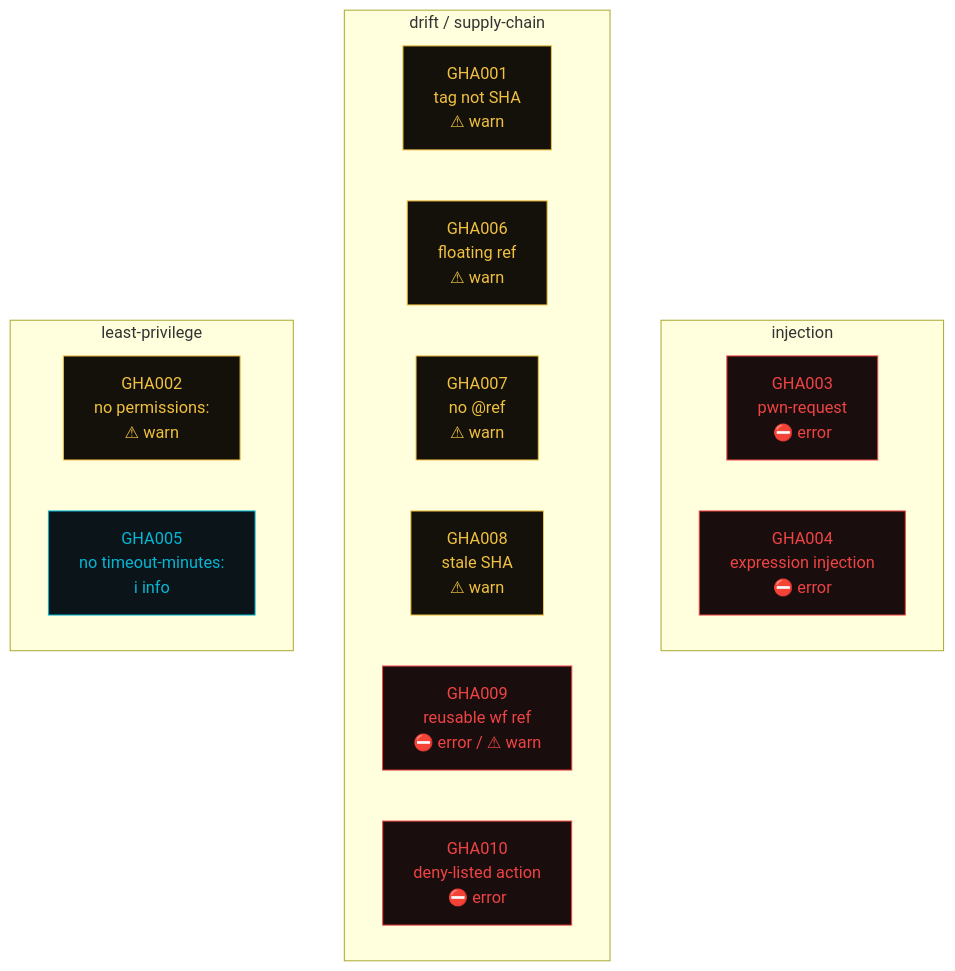
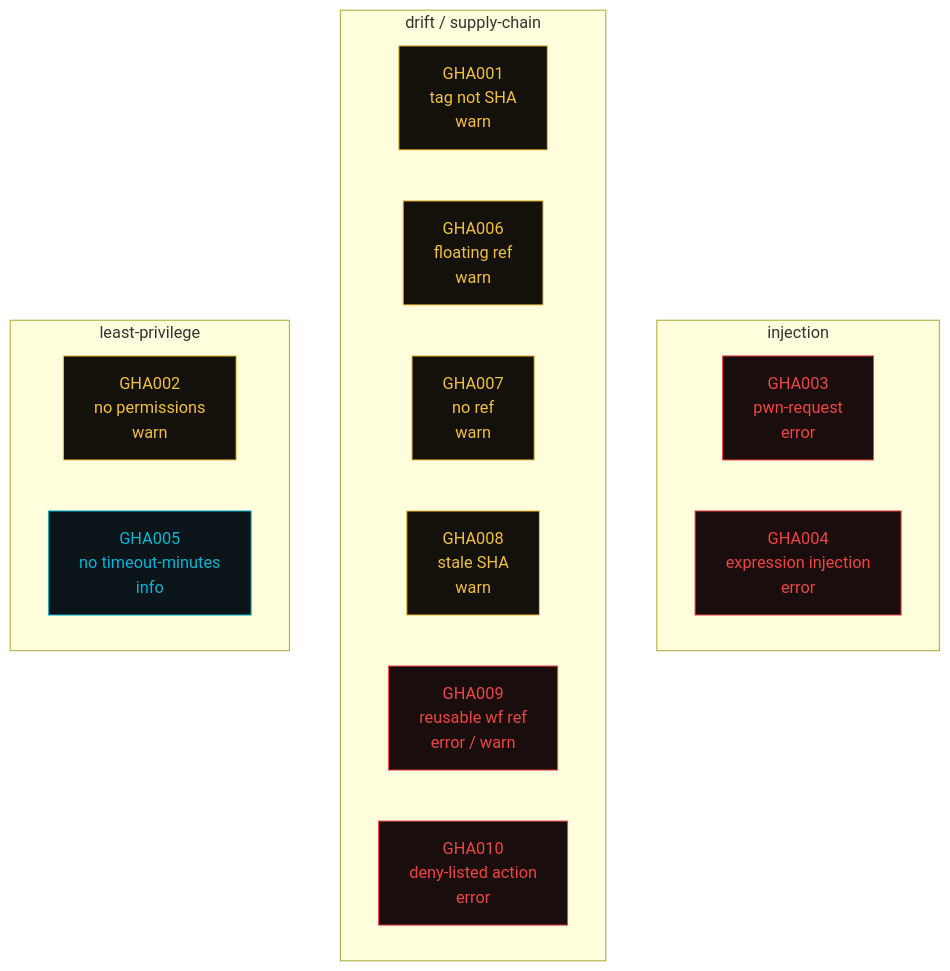
The second of 3 diagrams in README.md (kdairatchi/ghactor), drawn with Mermaid before and after one commit. The commit also changed other lines of this file and 5 other files, not shown here.

First line of the commit message:
fix: mermaid CI diagram + clear pre-existing lint failures (#2)

````diff
--- a/README.md
+++ b/README.md
@@ -82,29 +82,29 @@
 ```mermaid
 flowchart TB
     subgraph INJ["injection"]
         direction LR
-        GHA003[GHA003<br/>pwn-request<br/>⛔ error]
-        GHA004[GHA004<br/>expression injection<br/>⛔ error]
+        GHA003["GHA003<br/>pwn-request<br/>error"]
+        GHA004["GHA004<br/>expression injection<br/>error"]
     end
     subgraph PIN["drift / supply-chain"]
         direction LR
-        GHA001[GHA001<br/>tag not SHA<br/>⚠ warn]
-        GHA006[GHA006<br/>floating ref<br/>⚠ warn]
-        GHA007[GHA007<br/>no @ref<br/>⚠ warn]
-        GHA008[GHA008<br/>stale SHA<br/>⚠ warn]
-        GHA009[GHA009<br/>reusable wf ref<br/>⛔ error / ⚠ warn]
-        GHA010[GHA010<br/>deny-listed action<br/>⛔ error]
+        GHA001["GHA001<br/>tag not SHA<br/>warn"]
+        GHA006["GHA006<br/>floating ref<br/>warn"]
+        GHA007["GHA007<br/>no ref<br/>warn"]
+        GHA008["GHA008<br/>stale SHA<br/>warn"]
+        GHA009["GHA009<br/>reusable wf ref<br/>error / warn"]
+        GHA010["GHA010<br/>deny-listed action<br/>error"]
     end
     subgraph LP["least-privilege"]
         direction LR
-        GHA002[GHA002<br/>no permissions:<br/>⚠ warn]
-        GHA005[GHA005<br/>no timeout-minutes:<br/>ℹ info]
+        GHA002["GHA002<br/>no permissions<br/>warn"]
+        GHA005["GHA005<br/>no timeout-minutes<br/>info"]
     end
 
     classDef err fill:#1a0d0d,stroke:#ef4444,color:#ef4444
     classDef warn fill:#14110a,stroke:#f0c040,color:#f0c040
     classDef info fill:#0a1419,stroke:#06b6d4,color:#06b6d4
     class GHA003,GHA004,GHA009,GHA010 err
     class GHA001,GHA002,GHA006,GHA007,GHA008 warn
     class GHA005 info
 ```
````
